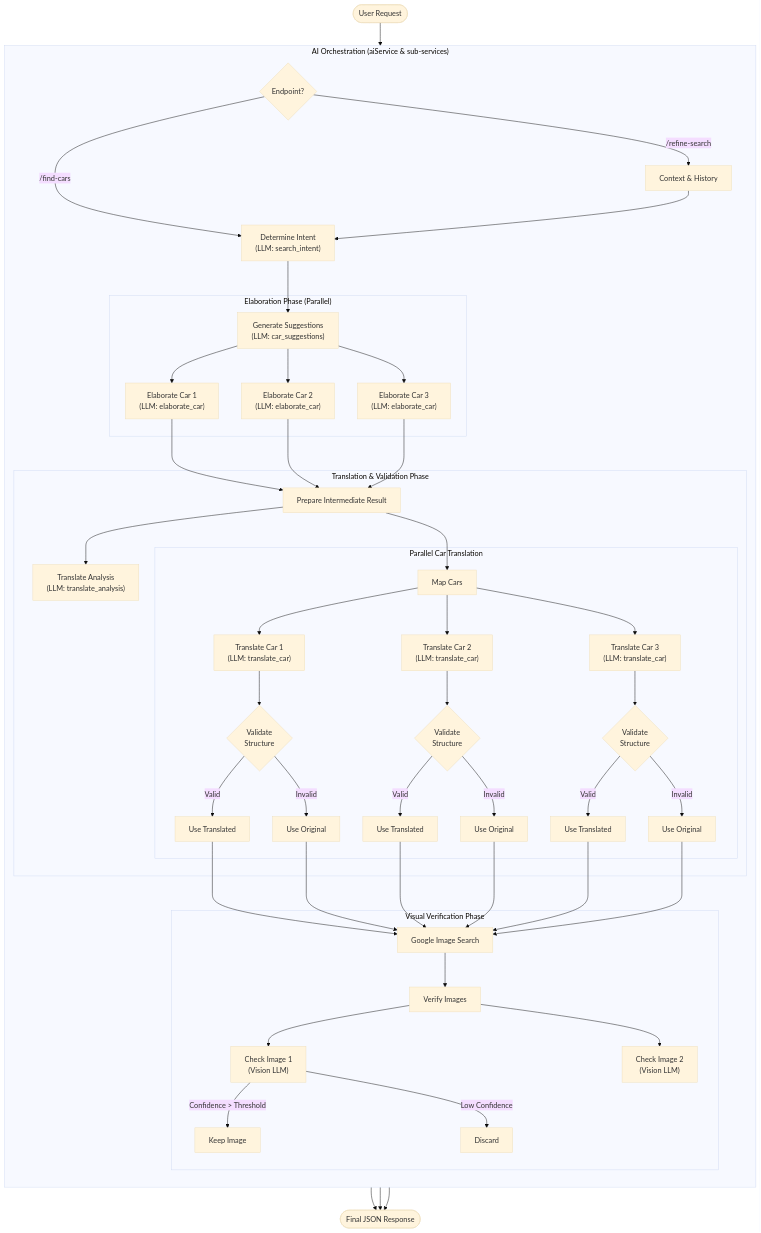
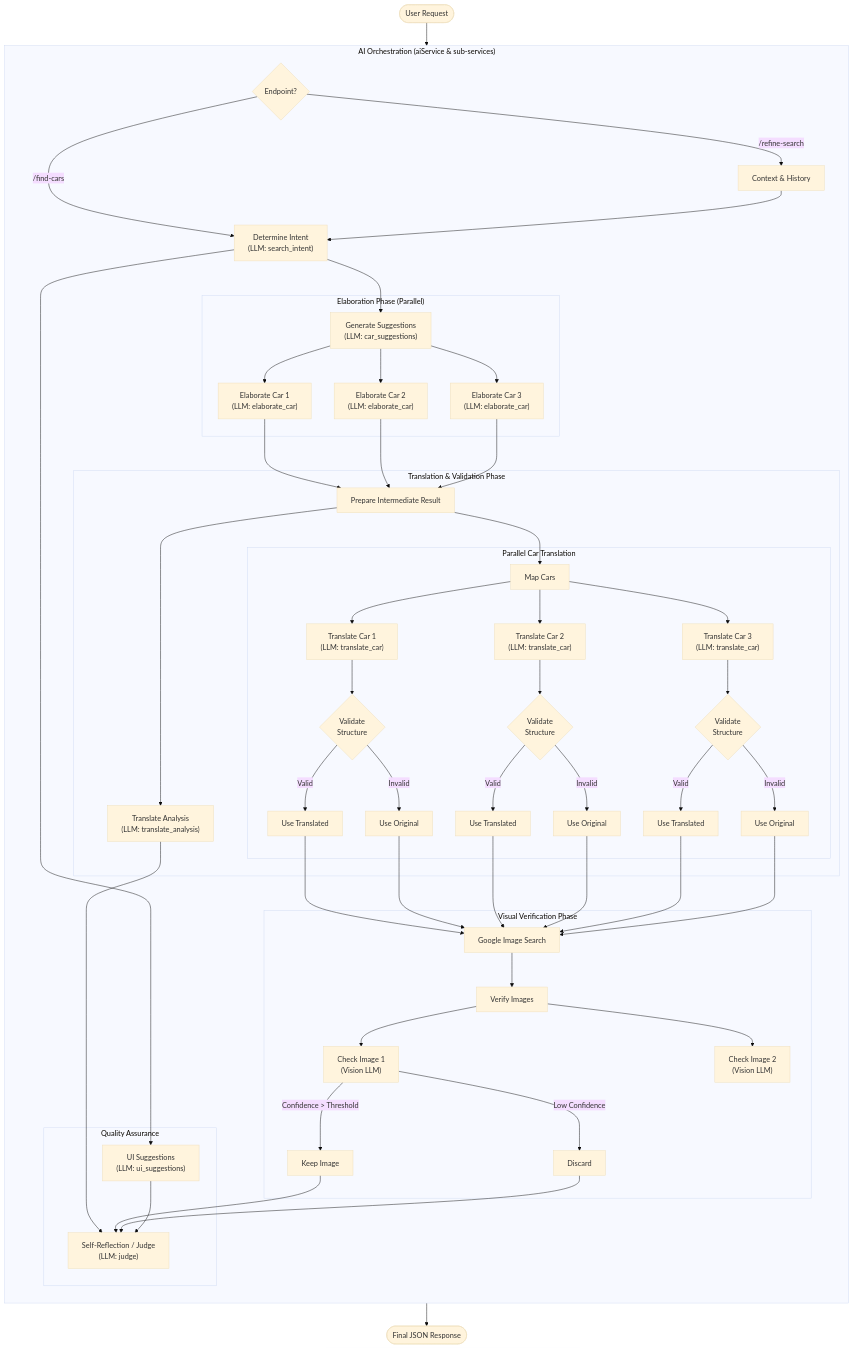
Before and after one commit to lucapalomba/carGPT: the diagram in README.md, drawn with Mermaid (base theme). The commit also changed 3 other files, not shown here.

````diff
--- a/README.md
+++ b/README.md
@@ -215,58 +215,63 @@
 ```mermaid
 flowchart TD
     User([User Request]) --> Router{Endpoint?}
     
     subgraph "AI Orchestration (aiService & sub-services)"
         direction TB
         Router -->|/find-cars| Intent["Determine Intent<br/>(LLM: search_intent)"]
         Router -->|/refine-search| Refine[Context & History]
         Refine --> Intent
         
         Intent --> Suggestions["Generate Suggestions<br/>(LLM: car_suggestions)"]
+        Intent --> UISuggestions["UI Suggestions<br/>(LLM: ui_suggestions)"]
         
         subgraph "Elaboration Phase (Parallel)"
             Suggestions --> Elab1["Elaborate Car 1<br/>(LLM: elaborate_car)"]
             Suggestions --> Elab2["Elaborate Car 2<br/>(LLM: elaborate_car)"]
             Suggestions --> Elab3["Elaborate Car 3<br/>(LLM: elaborate_car)"]
         end
         
         Elab1 & Elab2 & Elab3 --> PrepareTrans[Prepare Intermediate Result]
         
         subgraph "Translation & Validation Phase"
             PrepareTrans --> TransAnalysis["Translate Analysis<br/>(LLM: translate_analysis)"]
             PrepareTrans --> TransCars
             
             subgraph "Parallel Car Translation"
                 TransCars[Map Cars] --> TC1["Translate Car 1<br/>(LLM: translate_car)"]
                 TransCars --> TC2["Translate Car 2<br/>(LLM: translate_car)"]
                 TransCars --> TC3["Translate Car 3<br/>(LLM: translate_car)"]
                 
                 TC1 --> Val1{"Validate<br/>Structure"}
                 TC2 --> Val2{"Validate<br/>Structure"}
                 TC3 --> Val3{"Validate<br/>Structure"}
                 
                 Val1 -->|Valid| OK1[Use Translated]
                 Val1 -->|Invalid| Fallback1[Use Original]
                 
                 Val2 -->|Valid| OK2[Use Translated]
                 Val2 -->|Invalid| Fallback2[Use Original]
                 
                 Val3 -->|Valid| OK3[Use Translated]
                 Val3 -->|Invalid| Fallback3[Use Original]
             end
         end
         
         OK1 & Fallback1 & OK2 & Fallback2 & OK3 & Fallback3 --> ImageSearch
         
         subgraph "Visual Verification Phase"
             ImageSearch[Google Image Search] --> Verify[Verify Images]
             Verify --> Vision1["Check Image 1<br/>(Vision LLM)"]
             Verify --> Vision2["Check Image 2<br/>(Vision LLM)"]
             
             Vision1 -->|Confidence > Threshold| Keep1[Keep Image]
             Vision1 -->|Low Confidence| Drop1[Discard]
         end
+
+        subgraph "Quality Assurance"
+            TransAnalysis & Keep1 & Drop1 & UISuggestions --> Judge["Self-Reflection / Judge<br/>(LLM: judge)"]
+        end
     end
     
-    TransAnalysis & Keep1 & Drop1 --> FinalResponse([Final JSON Response])
+    Judge --> FinalResponse([Final JSON Response])
 ```
````
